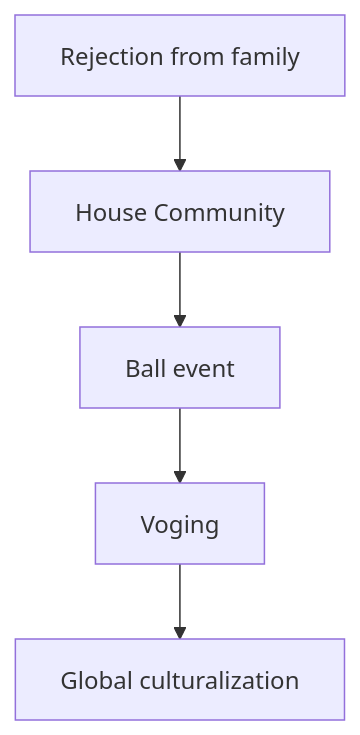
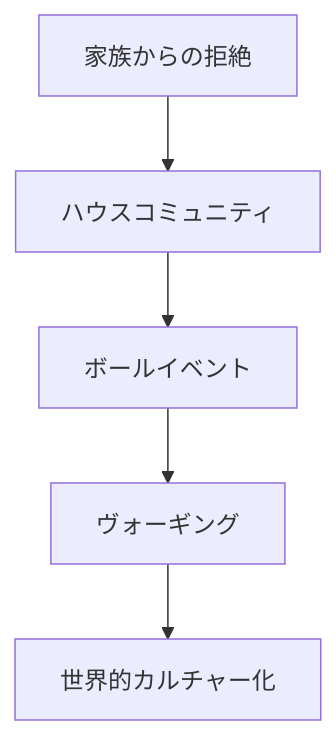
One commit to monumental-movement/monumental-movement.github.io changed the sixth of 7 diagrams in en/_posts/2026-05-24-column-lgbtq-dance.md. Above: the diagram before and after it, drawn with Mermaid. The commit also changed other lines of this file and 2196 other files, not shown here.

```diff
--- a/en/_posts/2026-05-24-column-lgbtq-dance.md
+++ b/en/_posts/2026-05-24-column-lgbtq-dance.md
@@ -266,7 +266,7 @@
 <div class="mermaid">
 flowchart TD
-    A["Rejection from family"] --> B["House Community"]
-    B --> C["Ball event"]
-    C --> D["Voging"]
-    D --> E["Global culturalization"]
+    A["家族からの拒絶"] --> B["ハウスコミュニティ"]
+    B --> C["ボールイベント"]
+    C --> D["ヴォーギング"]
+    D --> E["世界的カルチャー化"]
 </div>
```
